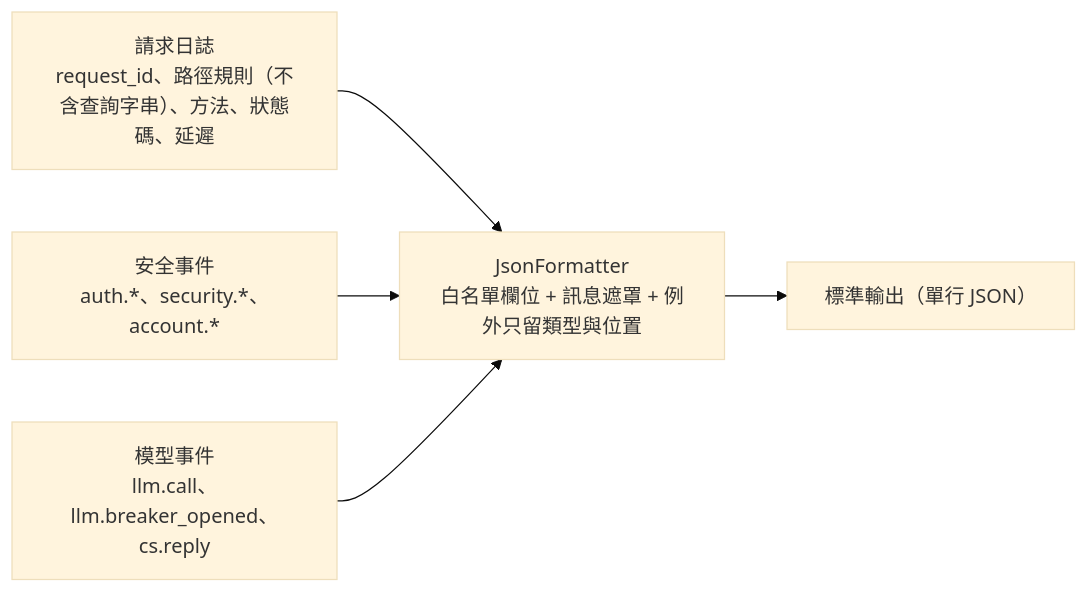
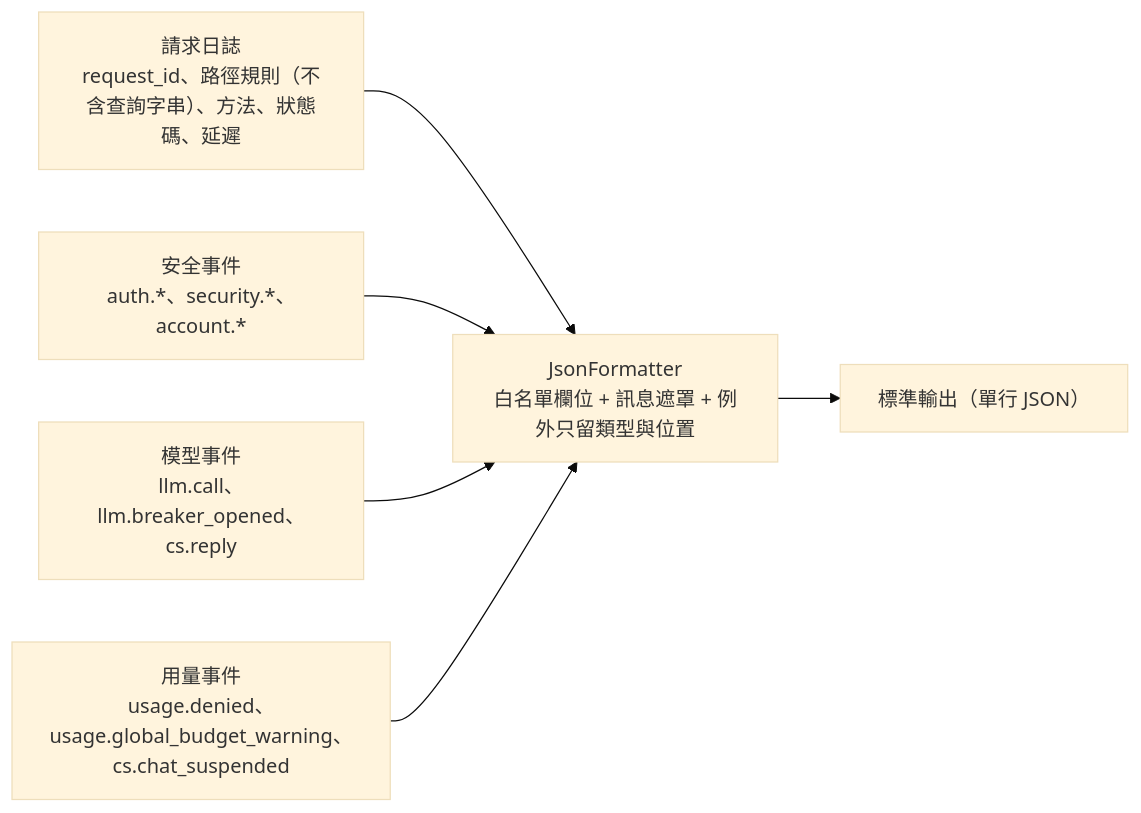
The fourth of 5 diagrams in docs/營運與部署-operations.md (pp466pp466/R.A.C), drawn with Mermaid (base theme) before and after one commit. The commit also changed other lines of this file and 60 other files, not shown here.

````diff
--- a/docs/營運與部署-operations.md
+++ b/docs/營運與部署-operations.md
@@ -69,7 +69,8 @@
 ```mermaid
 flowchart LR
     Req["請求日誌<br/>request_id、路徑規則（不含查詢字串）、方法、狀態碼、延遲"] --> Fmt
     Sec["安全事件<br/>auth.*、security.*、account.*"] --> Fmt
     Llm["模型事件<br/>llm.call、llm.breaker_opened、cs.reply"] --> Fmt
+    Use["用量事件<br/>usage.denied、usage.global_budget_warning、cs.chat_suspended"] --> Fmt
     Fmt["JsonFormatter<br/>白名單欄位 + 訊息遮罩 + 例外只留類型與位置"] --> Out["標準輸出（單行 JSON）"]
 ```
````
